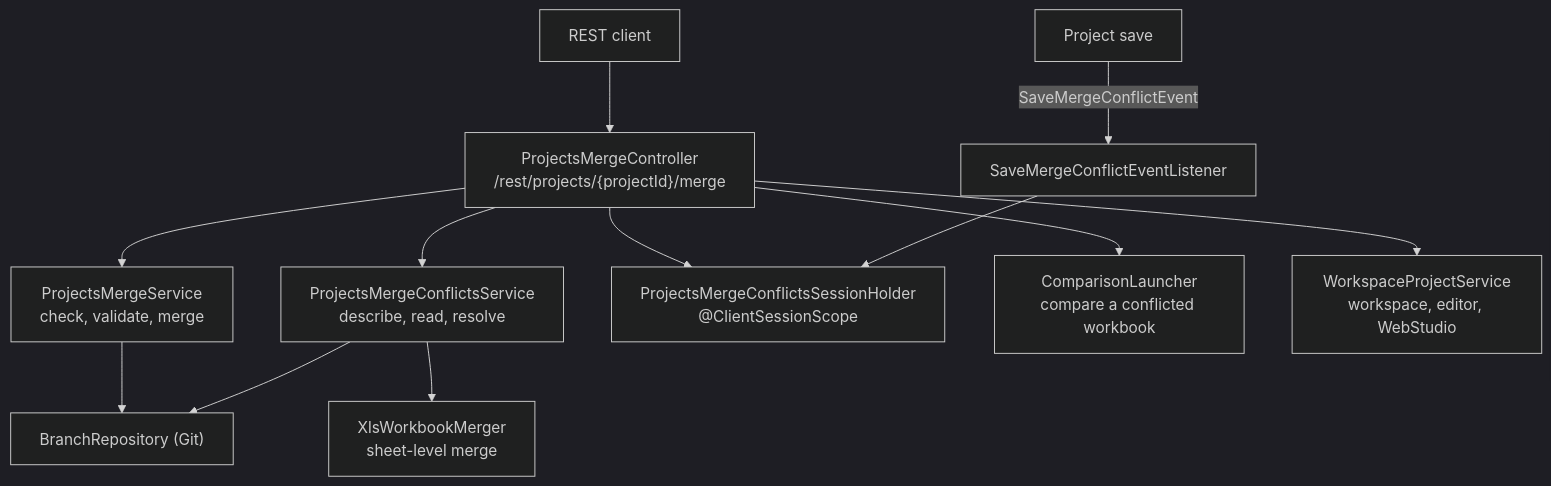
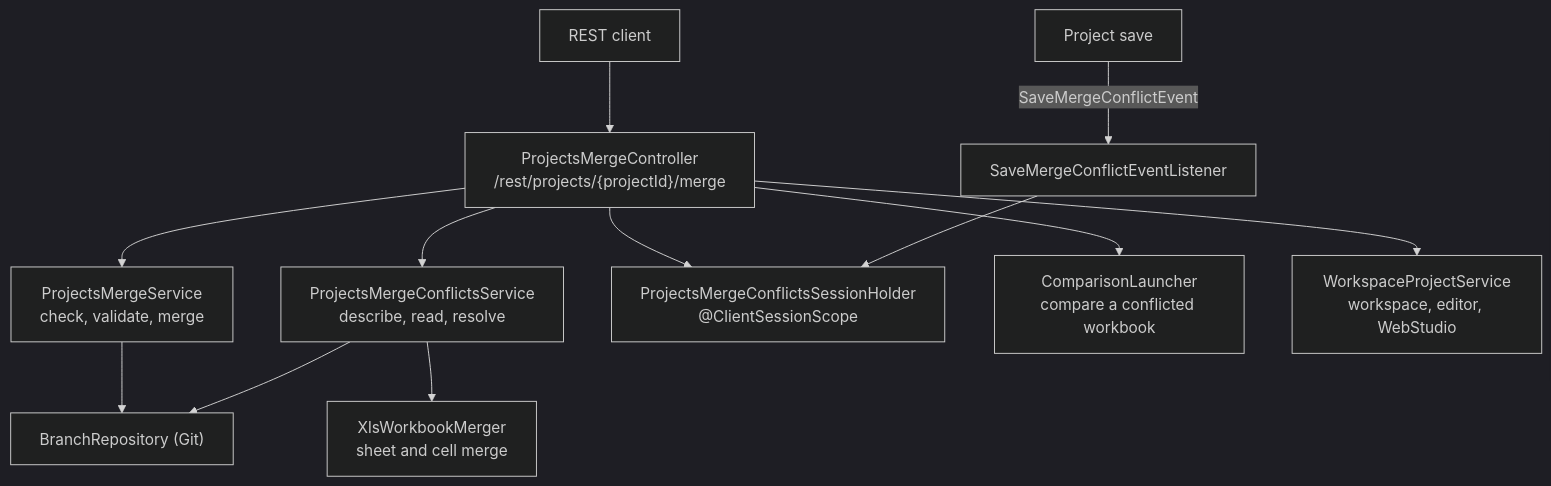
One commit to openl-tablets/openl-tablets changed the diagram in Docs/api/projects-merge-architecture.md. Above: the diagram before and after it, drawn with Mermaid (dark theme). The commit also changed other lines of this file and 257 other files, not shown here.

Commit message:
EPBDS-16883 Merge a workbook sheet changed in both branches cell by cell

````diff
--- a/Docs/api/projects-merge-architecture.md
+++ b/Docs/api/projects-merge-architecture.md
@@ -12,14 +12,14 @@
 ```mermaid
 flowchart TB
     Client["REST client"] --> Ctrl["ProjectsMergeController<br/>/rest/projects/{projectId}/merge"]
     Ctrl --> MS["ProjectsMergeService<br/>check, validate, merge"]
     Ctrl --> CS["ProjectsMergeConflictsService<br/>describe, read, resolve"]
     Ctrl --> SH["ProjectsMergeConflictsSessionHolder<br/>@ClientSessionScope"]
     Ctrl --> CL["ComparisonLauncher<br/>compare a conflicted workbook"]
     Ctrl --> WS["WorkspaceProjectService<br/>workspace, editor, WebStudio"]
     MS --> Git["BranchRepository (Git)"]
     CS --> Git
-    CS --> XM["XlsWorkbookMerger<br/>sheet-level merge"]
+    CS --> XM["XlsWorkbookMerger<br/>sheet and cell merge"]
     Save["Project save"] -- SaveMergeConflictEvent --> Lst["SaveMergeConflictEventListener"]
     Lst --> SH
 ```
````
